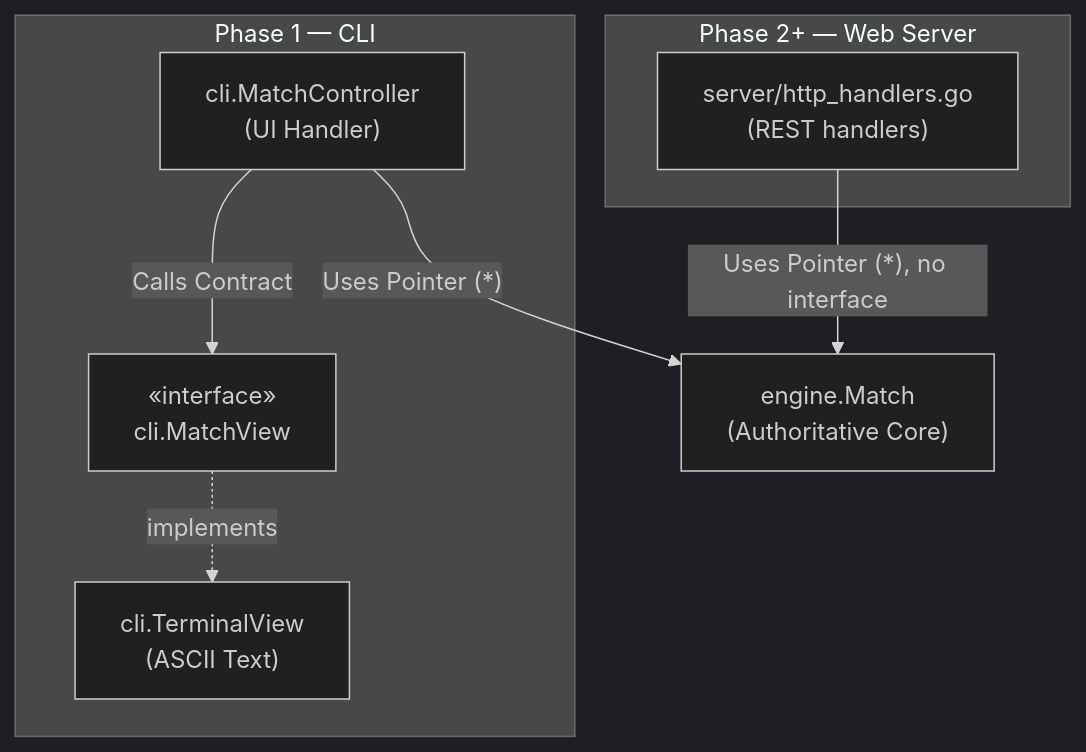
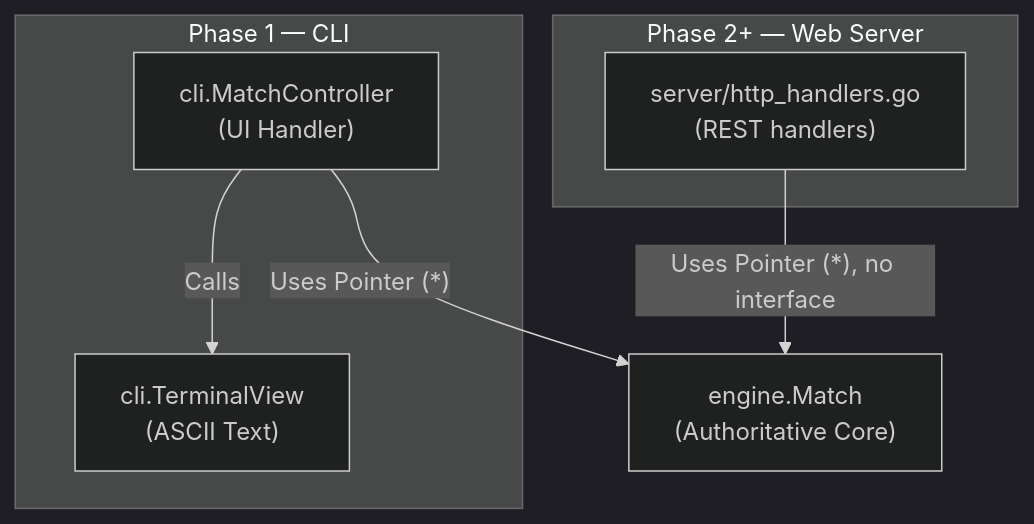
The diagram in docs/design.md (oscarhkli/bomb-srpg), drawn with Mermaid (dark theme) before and after one commit. The commit also changed other lines of this file and 7 other files, not shown here.

First line of the commit message:
refactor(cli): remove MatchView and simplify rendering (#86)

````diff
--- a/docs/design.md
+++ b/docs/design.md
@@ -52,19 +52,17 @@
 ```mermaid
 flowchart TB
     subgraph phase1["Phase 1 — CLI"]
         MC["cli.MatchController<br/>(UI Handler)"]
-        MV["«interface»<br/>cli.MatchView"]
         TV["cli.TerminalView<br/>(ASCII Text)"]
-        MC -- "Calls Contract" --> MV
-        MV -.implements.-> TV
+        MC -- "Calls" --> TV
     end
 
     subgraph phase2["Phase 2+ — Web Server"]
         HH["server/http_handlers.go<br/>(REST handlers)"]
     end
 
     EM["engine.Match<br/>(Authoritative Core)"]
 
     MC -- "Uses Pointer (*)" --> EM
     HH -- "Uses Pointer (*), no interface" --> EM
 ```
````
